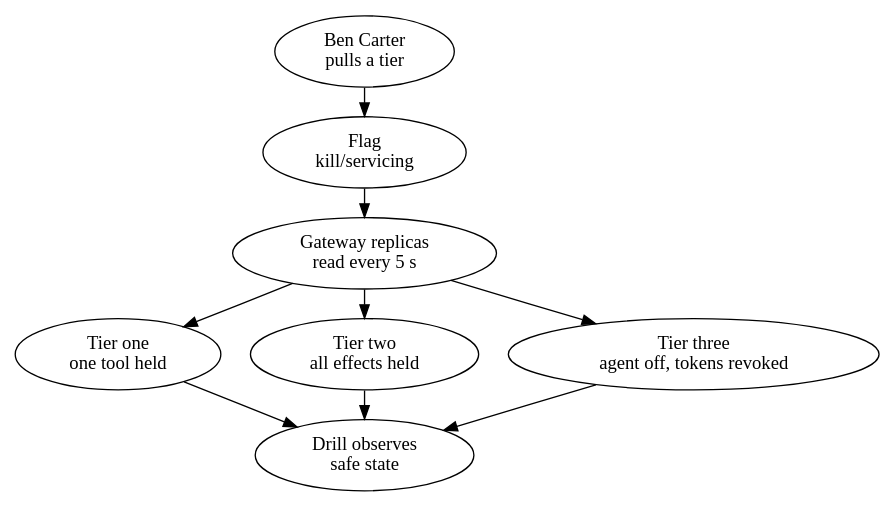
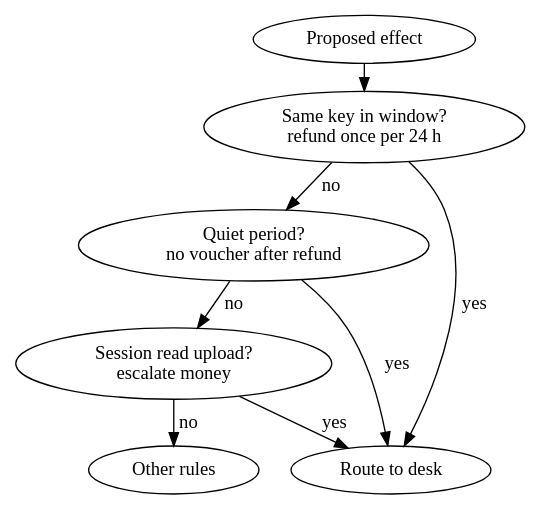
One commit to rajesh1008/system-design-book changed the diagram in figures/src/ch31/fig-31-7.dot. Above: the diagram before and after it, drawn with Graphviz. The commit also changed 158 other files, not shown here.

```diff
--- a/figures/src/ch31/fig-31-7.dot
+++ b/figures/src/ch31/fig-31-7.dot
@@ -1,24 +1,21 @@
-// Figure 31.7  The three-tier kill switch (signature figure S8)
-// Reading order: top to bottom. The operator writes one flag; every
-// gateway replica reads it. Tier one holds one tool, tier two holds all
-// effects at the gateway, tier three turns the agent off and revokes
-// its run tokens. The drill observes the safe state. From policy.kill.
-digraph hld {
+// Figure 31.7  Temporal and sequence policies
+// Reading order: top to bottom. A proposed effect is checked against
+// what already happened in the window, then against quiet periods,
+// then against what the session has read. From policy.temporal.
+digraph flow {
 #include "book.gv"
-  rankdir=TB; nodesep=0.3; ranksep=0.3;
-  op [label="Ben Carter\npulls a tier", class="org human"];
-  flag [label="Flag\nkill/servicing", class="policy store"];
-  gw [label="Gateway replicas\nread every 5 s", class="ops"];
-  t1 [label="Tier one\none tool held", class="policy"];
-  t2 [label="Tier two\nall effects held", class="policy"];
-  t3 [label="Tier three\nagent off, tokens revoked", class="policy"];
-  obs [label="Drill observes\nsafe state", class="verified"];
-  op -> flag [class="control"];
-  flag -> gw [class="emphasis"];
-  gw -> t1 [class="control"];
-  gw -> t2 [class="control"];
-  gw -> t3 [class="control"];
-  t1 -> obs [class="trail"];
-  t2 -> obs [class="trail"];
-  t3 -> obs [class="trail"];
+  rankdir=TB; nodesep=0.3; ranksep=0.28;
+  prop [label="Proposed effect", class="model"];
+  rep [label="Same key in window?\nrefund once per 24 h", class="policy"];
+  qui [label="Quiet period?\nno voucher after refund", class="policy"];
+  ses [label="Session read upload?\nescalate money", class="policy"];
+  ok [label="Other rules", class="policy gate"];
+  desk [label="Route to desk", class="org human"];
+  prop -> rep [class="data"];
+  rep -> qui [class="data", label=" no"];
+  qui -> ses [class="data", label=" no"];
+  ses -> ok [class="emphasis", label=" no"];
+  rep -> desk [class="control", label=" yes"];
+  qui -> desk [class="control", label=" yes"];
+  ses -> desk [class="control", label=" yes"];
 }
```
